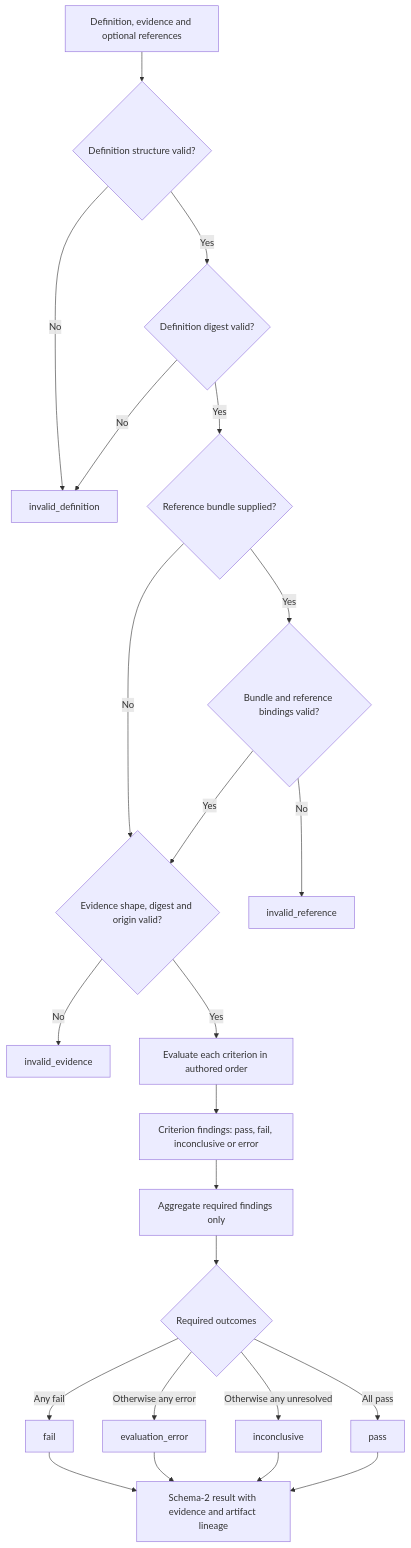
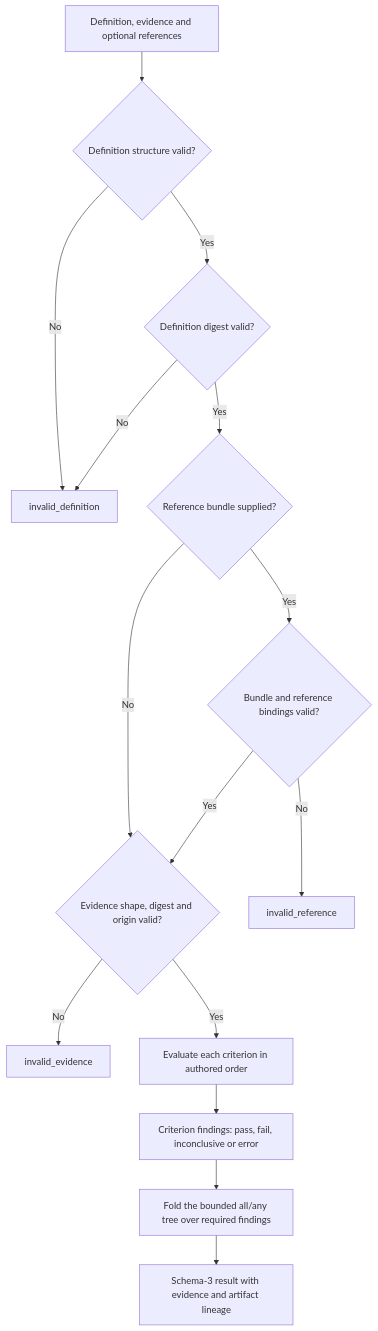
The second of 4 diagrams in README.md (0xbuffdev/assay), drawn with Mermaid before and after one commit. The commit also changed 3 other files, not shown here.

Commit message:
fix: resolve composition migration type errors and update evaluation diagram

````diff
--- a/README.md
+++ b/README.md
@@ -70,25 +70,17 @@
 ```mermaid
 flowchart TD
     Start["Definition, evidence and optional references"] --> Validate{"Definition structure valid?"}
     Validate -->|No| InvalidDefinition["invalid_definition"]
     Validate -->|Yes| Digest{"Definition digest valid?"}
     Digest -->|No| InvalidDefinition
     Digest -->|Yes| Supplied{"Reference bundle supplied?"}
     Supplied -->|No| EvidenceCheck{"Evidence shape, digest and origin valid?"}
     Supplied -->|Yes| ReferenceCheck{"Bundle and reference bindings valid?"}
     ReferenceCheck -->|No| InvalidReference["invalid_reference"]
     ReferenceCheck -->|Yes| EvidenceCheck
     EvidenceCheck -->|No| InvalidEvidence["invalid_evidence"]
     EvidenceCheck -->|Yes| Compare["Evaluate each criterion in authored order"]
     Compare --> Findings["Criterion findings: pass, fail, inconclusive or error"]
-    Findings --> Required["Aggregate required findings only"]
-    Required --> Outcome{"Required outcomes"}
-    Outcome -->|"Any fail"| Fail["fail"]
-    Outcome -->|"Otherwise any error"| Error["evaluation_error"]
-    Outcome -->|"Otherwise any unresolved"| Inconclusive["inconclusive"]
-    Outcome -->|"All pass"| Pass["pass"]
-    Fail --> Result["Schema-2 result with evidence and artifact lineage"]
-    Error --> Result
-    Inconclusive --> Result
-    Pass --> Result
+    Findings --> Composition["Fold the bounded all/any tree over required findings"]
+    Composition --> Result["Schema-3 result with evidence and artifact lineage"]
 ```
````
